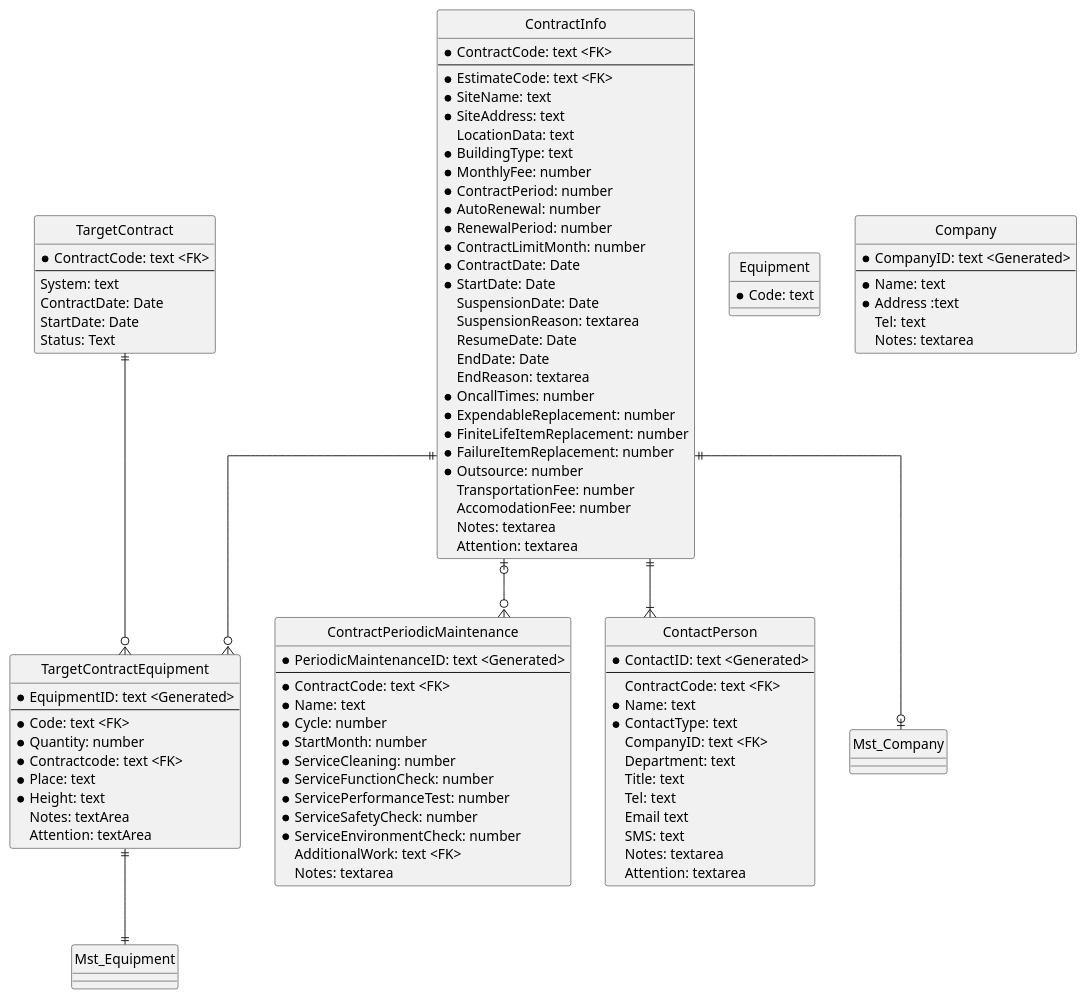
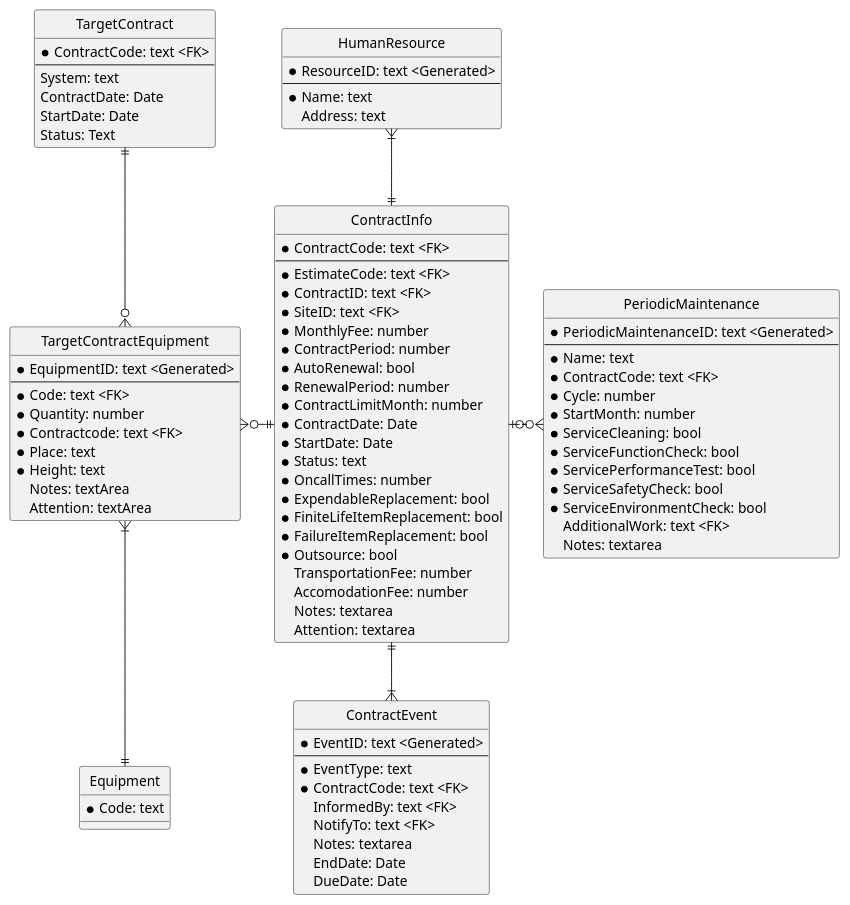
Before and after one commit to himiz6912/mms: the diagram in er_contract.pu, drawn with PlantUML. The commit also changed 3 other files, not shown here.

```diff
--- a/er_contract.pu
+++ b/er_contract.pu
@@ -1,107 +1,102 @@
 @startuml
 hide circle
 skinparam linetype ortho
 
 entity ContractInfo {
     * ContractCode: text <FK>
     --
     * EstimateCode: text <FK>
-    * SiteName: text
-    * SiteAddress: text
-    LocationData: text
-    * BuildingType: text
+    * ContractID: text <FK>
+    * SiteID: text <FK>
     * MonthlyFee: number
     * ContractPeriod: number
-    * AutoRenewal: number
+    * AutoRenewal: bool
     * RenewalPeriod: number
     * ContractLimitMonth: number
     * ContractDate: Date
     * StartDate: Date
-    SuspensionDate: Date
-    SuspensionReason: textarea
-    ResumeDate: Date
-    EndDate: Date
-    EndReason: textarea
+    * Status: text
     * OncallTimes: number
-    * ExpendableReplacement: number
-    * FiniteLifeItemReplacement: number
-    * FailureItemReplacement: number
-    * Outsource: number
+    * ExpendableReplacement: bool
+    * FiniteLifeItemReplacement: bool
+    * FailureItemReplacement: bool
+    * Outsource: bool
     TransportationFee: number
     AccomodationFee: number
     Notes: textarea
     Attention: textarea
 }
 ' BuildingType: Office/ Factory/ Warehouse/ House/ Apartment/ Office building/ Store/ .. 
+
+entity ContractEvent {
+    * EventID: text <Generated>
+    --
+    * EventType: text
+    * ContractCode: text <FK>
+    InformedBy: text <FK>
+    NotifyTo: text <FK>
+    Notes: textarea
+    EndDate: Date
+    DueDate: Date
+}
+' EventType: Generated/ ChangeCondition/ Suspension/ Resume/ Termination
+
 entity TargetContract {
     * ContractCode: text <FK>
     --
     System: text
     ContractDate: Date
     StartDate: Date
     Status: Text
 }
-' for demo, actually use CMS of each company.
+' It's for demo, actually use CMS of each company.
+
 entity TargetContractEquipment {
     * EquipmentID: text <Generated>
     --
     * Code: text <FK>
     * Quantity: number
     * Contractcode: text <FK>
     * Place: text
     * Height: text
     Notes: textArea
     Attention: textArea
 }
 ' Height: Normal height/ Airial work platform/ Airial Work vehicle
-entity ContractPeriodicMaintenance {
+
+entity PeriodicMaintenance {
     * PeriodicMaintenanceID: text <Generated>
     --
+    * Name: text
     * ContractCode: text <FK>
-    * Name: text
     * Cycle: number
     * StartMonth: number
-    * ServiceCleaning: number
-    * ServiceFunctionCheck: number
-    * ServicePerformanceTest: number
-    * ServiceSafetyCheck: number
-    * ServiceEnvironmentCheck: number
+    * ServiceCleaning: bool
+    * ServiceFunctionCheck: bool
+    * ServicePerformanceTest: bool
+    * ServiceSafetyCheck: bool
+    * ServiceEnvironmentCheck: bool
     AdditionalWork: text <FK>
     Notes: textarea
 }
 ' AdditionalWork: array of CheckStandardID
+
 entity Equipment {
     * Code: text
 }
-entity ContactPerson {
-    * ContactID: text <Generated>
-    --
-    ContractCode: text <FK>
-    * Name: text
-    * ContactType: text
-    CompanyID: text <FK>
-    Department: text
-    Title: text
-    Tel: text
-    Email text
-    SMS: text
-    Notes: textarea
-    Attention: textarea
-}
-' ContactType: Contract/ Emergency/ Appointment/ Habitant/ Security/ Employee
-entity Company {
-    * CompanyID: text <Generated>
+
+entity HumanResource {
+    * ResourceID: text <Generated>
     --
     * Name: text
-    * Address :text
-    Tel: text
-    Notes: textarea
+    Address: text
 }
 
-ContractInfo ||--o{ TargetContractEquipment
-ContractInfo ||--o| Mst_Company
-ContractInfo |o--o{ ContractPeriodicMaintenance
-ContractInfo ||--|{ ContactPerson
-TargetContract ||--o{ TargetContractEquipment
-TargetContractEquipment ||--|| Mst_Equipment
+HumanResource }|--|| ContractInfo
+TargetContract ||-d-o{ TargetContractEquipment
+Equipment ||-u-|{ TargetContractEquipment
+TargetContractEquipment }o-r-|| ContractInfo
+ContractInfo |o-r-o{ PeriodicMaintenance
+ContractInfo ||--|{ ContractEvent
+
 @enduml
```
